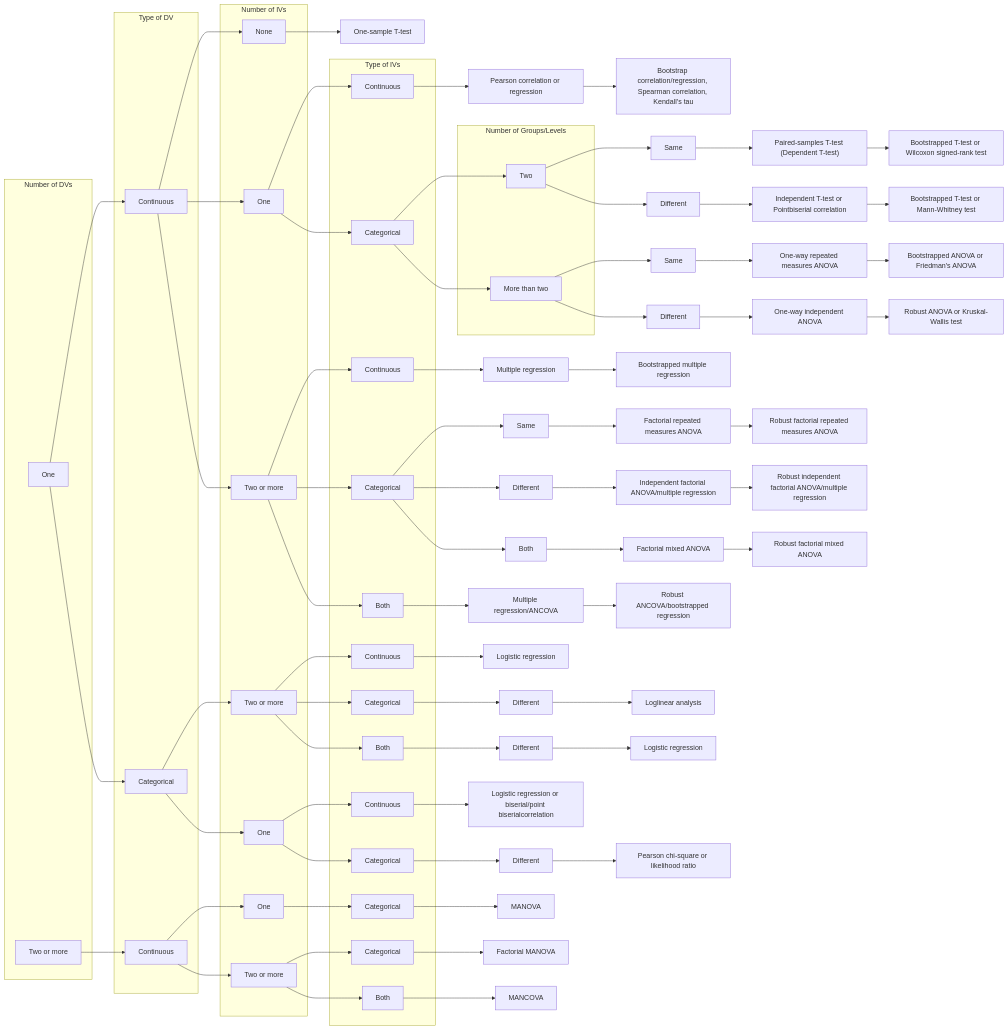
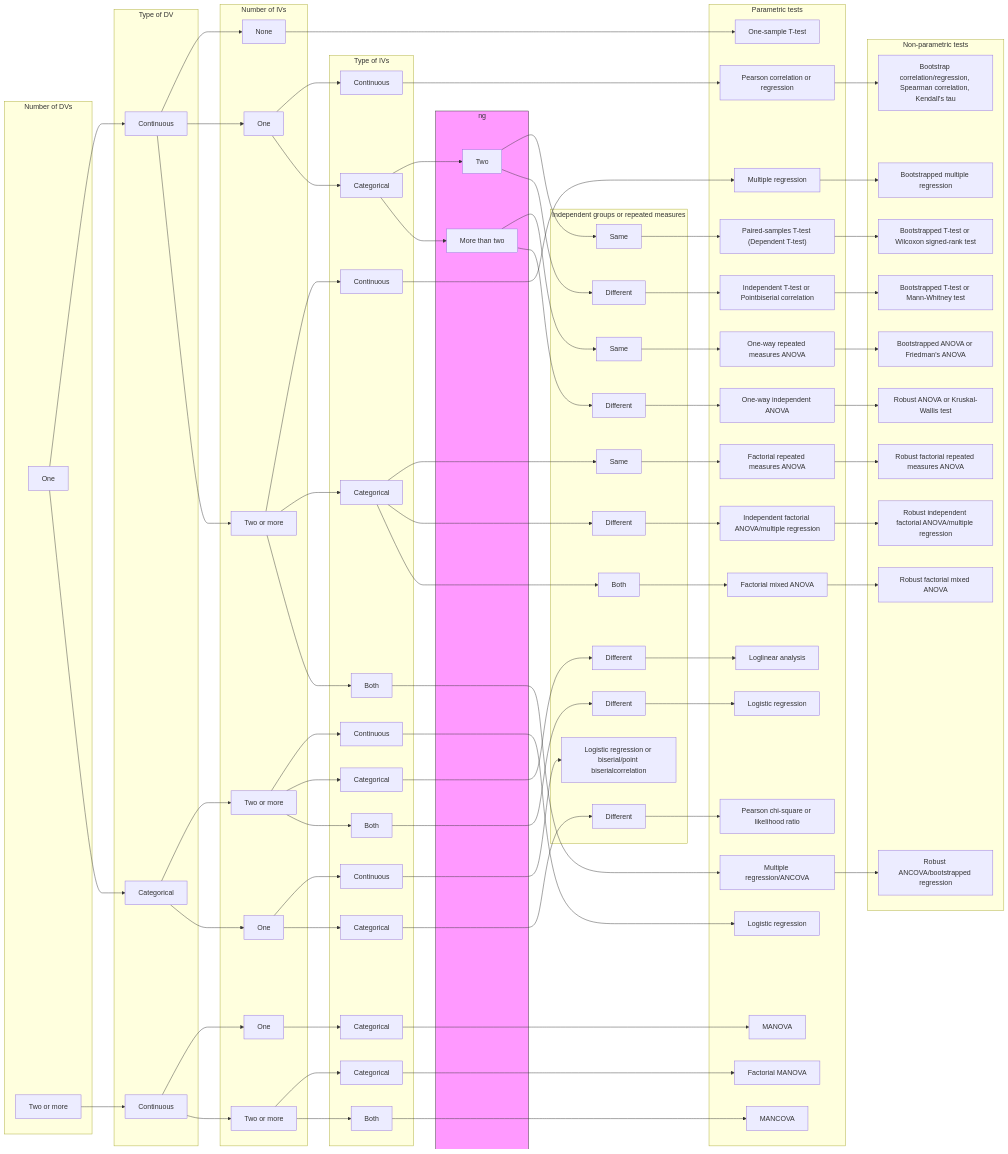
Before and after one commit to ShKlinkenberg/statistical-test-selection: the diagram in Subgraphflowchart.mmd, drawn with Mermaid. The commit also changed 1 other file, not shown here.

Commit message:
all subgraphs created experimenting with height styling

```diff
--- a/Subgraphflowchart.mmd
+++ b/Subgraphflowchart.mmd
@@ -1,173 +1,164 @@
 graph LR
 
     2["One"]
     3["Continuous"]
     4["None"]
     5["One-sample T-test"]
     6["One"]
     7["Continuous"]
     8["Pearson correlation or regression"]
     9["Bootstrap correlation/regression, Spearman correlation, Kendall's tau"]
     10["Categorical"]
     11["Two"]
     12["Same"]
     13["Paired-samples T-test (Dependent T-test)"]
     14["Bootstrapped T-test or Wilcoxon signed-rank test"]
     15["Different"]
     16["Independent T-test or Pointbiserial correlation"]
     17["Bootstrapped T-test or Mann-Whitney test"]
     18["More than two"]
     19["Same"]
     20["One-way repeated measures ANOVA"]
     21["Bootstrapped ANOVA or Friedman's ANOVA"]
     22["Different"]
     23["One-way independent ANOVA"]
     24["Robust ANOVA or Kruskal-Wallis test"]
     25["Two or more"]
     26["Continuous"]
     27["Multiple regression"]
     28["Bootstrapped multiple regression"]
     29["Categorical"]
     30["Same"]
     31["Factorial repeated measures ANOVA"]
     32["Robust factorial repeated measures ANOVA"]
     33["Different"]
     34["Independent factorial ANOVA/multiple regression"]
     35["Robust independent factorial ANOVA/multiple regression"]
     36["Both"]
     37["Factorial mixed ANOVA"]
     38["Robust factorial mixed ANOVA"]
     39["Both"]
     40["Multiple regression/ANCOVA"]
     41["Robust ANCOVA/bootstrapped regression"]
     42["Categorical"]
     43["One"]
     44["Continuous"]
     45["Logistic regression or biserial/point biserialcorrelation"]
     46["Categorical"]
     47["Different"]
     48["Pearson chi-square or likelihood ratio"]
     49["Two or more"]
     50["Continuous"]
     51["Logistic regression"]
     52["Categorical"]
     53["Different"]
     54["Loglinear analysis"]
     55["Both"]
     56["Different"]
     57["Logistic regression"]
     58["Two or more"]
     59["Continuous"]
     60["One"]
     61["Categorical"]
     62["MANOVA"]
     63["Two or more"]
     64["Categorical"]
     65["Factorial MANOVA"]
     66["Both"]
     67["MANCOVA"]
 
 
 
     subgraph Number of DVs
     2
     58
     end
     subgraph Type of DV
     2 --> 3
     2 --> 42
     58 --> 59
     end
     subgraph Number of IVs
     3 --> 4
     3 --> 6
     3 --> 25
     42 --> 49
     42 --> 43
     59 --> 60
     59 --> 63
     end
     subgraph Type of IVs
     6 --> 7
     6 --> 10
     25 --> 26
     25 --> 29
     25 --> 39
     49 --> 50
     49 --> 52
     49 --> 55    
     43 --> 44
     43 --> 46
     60 --> 61
     63 --> 64
     63 --> 66
     end
+
+    classDef test height:100%,fill:#f9f,stroke:#333,stroke-width:1px;
+    ng["Number of Groups/Levels"]:::test
     
-    subgraph Number of Groups/Levels
+    subgraph ng
     10 --> 11
     10 --> 18
     end
     
 
+  
+  
+    subgraph Independent groups or repeated measures
+    11 --> 12
+    11 --> 15
+    18 --> 19
+    18 --> 22
+    29 --> 30
+    29 --> 33
+    29 --> 36
+    52 --> 53
+    44 --> 45
+    46 --> 47
+    55 --> 56
+    end
+
+    subgraph Parametric tests
     7 --> 8
+    4 --> 5
+    12 --> 13
+    15 --> 16
+    19 --> 20
+    22 --> 23
+    26 --> 27
+    30 --> 31
+    33 --> 34
+    36 --> 37
+    39 --> 40
+
+    47 --> 48
+    50 --> 51
+    53 --> 54
+    56 --> 57
+    61 --> 62
+    64 --> 65
+    66 --> 67
+    end
+
+    subgraph Non-parametric tests   
     8 --> 9
-  
-
-    11 --> 12
-    12 --> 13
     13 --> 14
-    11 --> 15
-    15 --> 16
     16 --> 17
-
-    18 --> 19
-    19 --> 20
     20 --> 21
-    18 --> 22
-    22 --> 23
     23 --> 24
-    
-
-    26 --> 27
     27 --> 28
-
-    29 --> 30
-    30 --> 31
     31 --> 32
-    29 --> 33
-    33 --> 34
     34 --> 35
-    29 --> 36
-    36 --> 37
     37 --> 38
-
-    39 --> 40
     40 --> 41
-
-
-    44 --> 45
-
-    46 --> 47
-    47 --> 48  
-
-    50 --> 51
-
-    52 --> 53
-    53 --> 54
-
-    55 --> 56
-
-  
-    56 --> 57
-
-
-    
-
-
-    61 --> 62
-
-
-    64 --> 65
-
-    4 --> 5
-    66 --> 67
+    end
```
